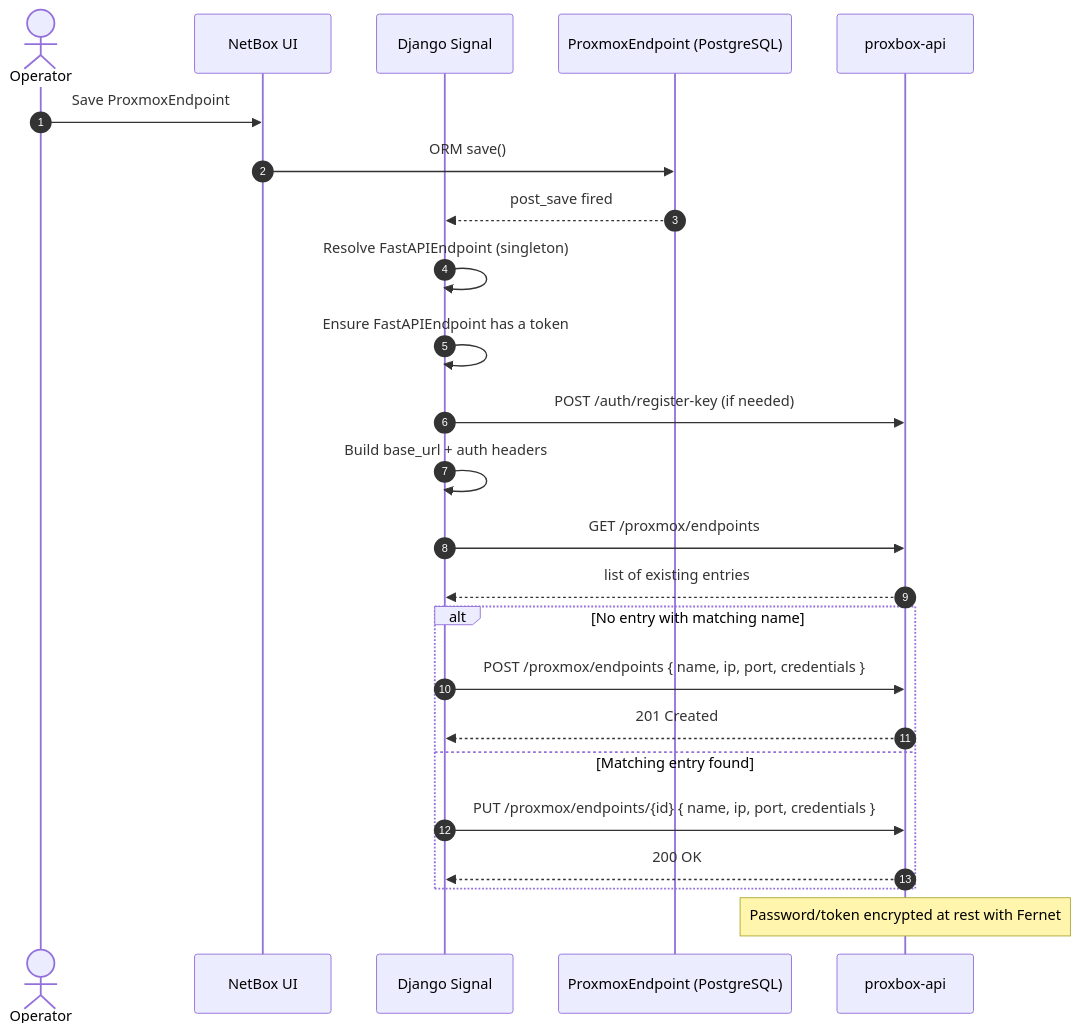
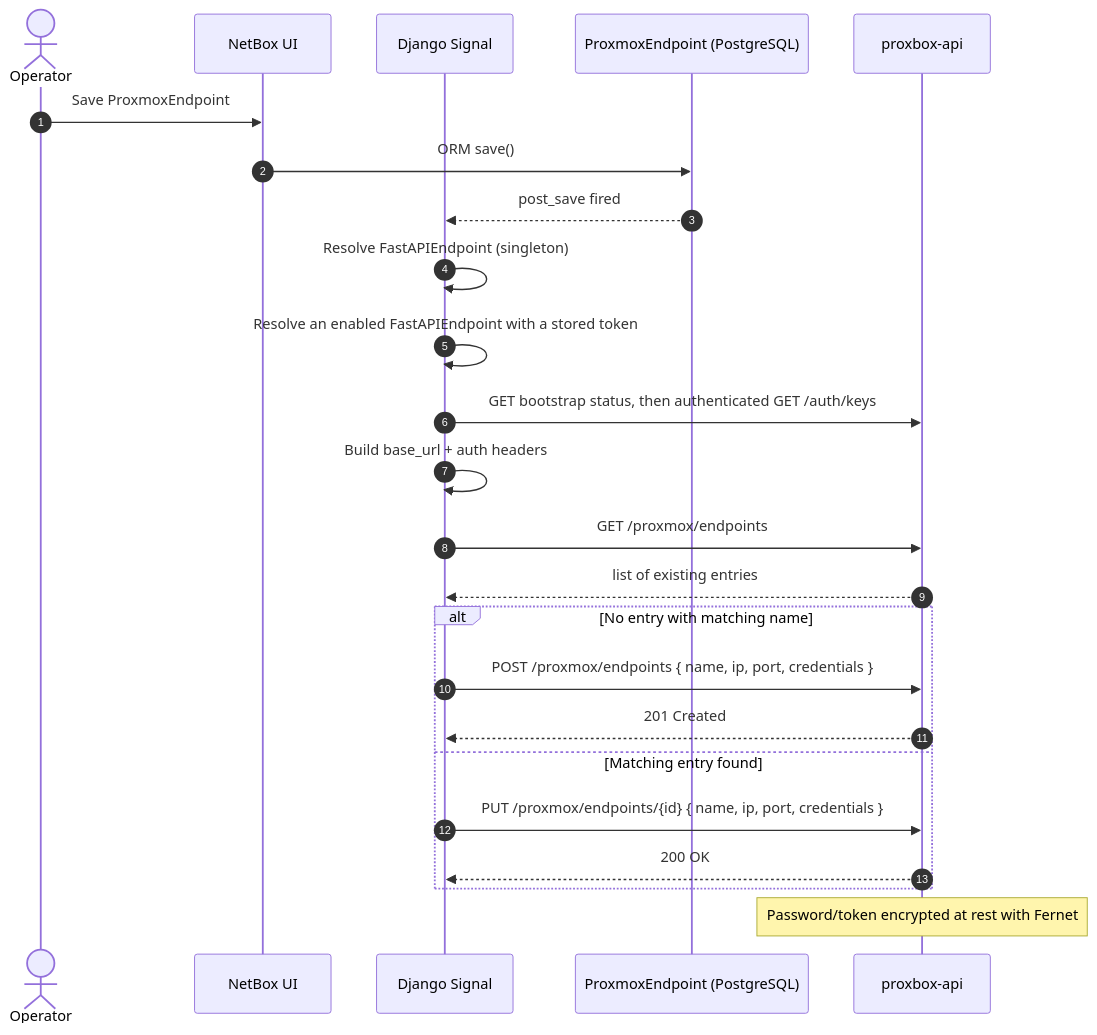
The fourth of 9 diagrams in docs/developer/endpoint-sync.md (emersonfelipesp/netbox-proxbox), drawn with Mermaid before and after one commit. The commit also changed other lines of this file and 55 other files, not shown here.

Commit message:
fix(auth): bind backend keys to reviewed targets

````diff
--- a/docs/developer/endpoint-sync.md
+++ b/docs/developer/endpoint-sync.md
@@ -146,29 +178,29 @@
 ```mermaid
 sequenceDiagram
     autonumber
     actor Op as Operator
     participant NB as NetBox UI
     participant Sig as Django Signal
     participant PX_EP as ProxmoxEndpoint (PostgreSQL)
     participant API as proxbox-api
 
     Op->>NB: Save ProxmoxEndpoint
     NB->>PX_EP: ORM save()
     PX_EP-->>Sig: post_save fired
     Sig->>Sig: Resolve FastAPIEndpoint (singleton)
-    Sig->>Sig: Ensure FastAPIEndpoint has a token
-    Sig->>API: POST /auth/register-key (if needed)
+    Sig->>Sig: Resolve an enabled FastAPIEndpoint with a stored token
+    Sig->>API: GET bootstrap status, then authenticated GET /auth/keys
 
     Sig->>Sig: Build base_url + auth headers
     Sig->>API: GET /proxmox/endpoints
     API-->>Sig: list of existing entries
 
     alt No entry with matching name
         Sig->>API: POST /proxmox/endpoints { name, ip, port, credentials }
         API-->>Sig: 201 Created
     else Matching entry found
         Sig->>API: PUT /proxmox/endpoints/{id} { name, ip, port, credentials }
         API-->>Sig: 200 OK
     end
     Note over API: Password/token encrypted at rest with Fernet
 ```
````
